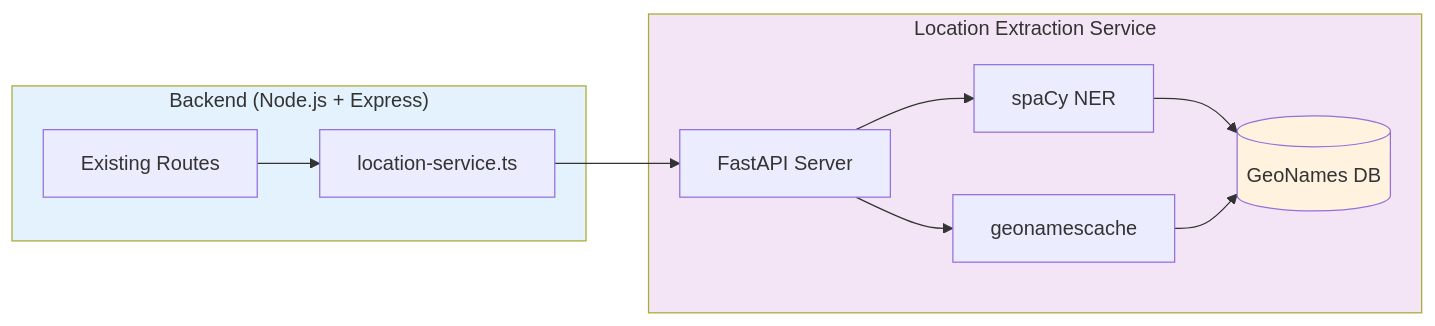
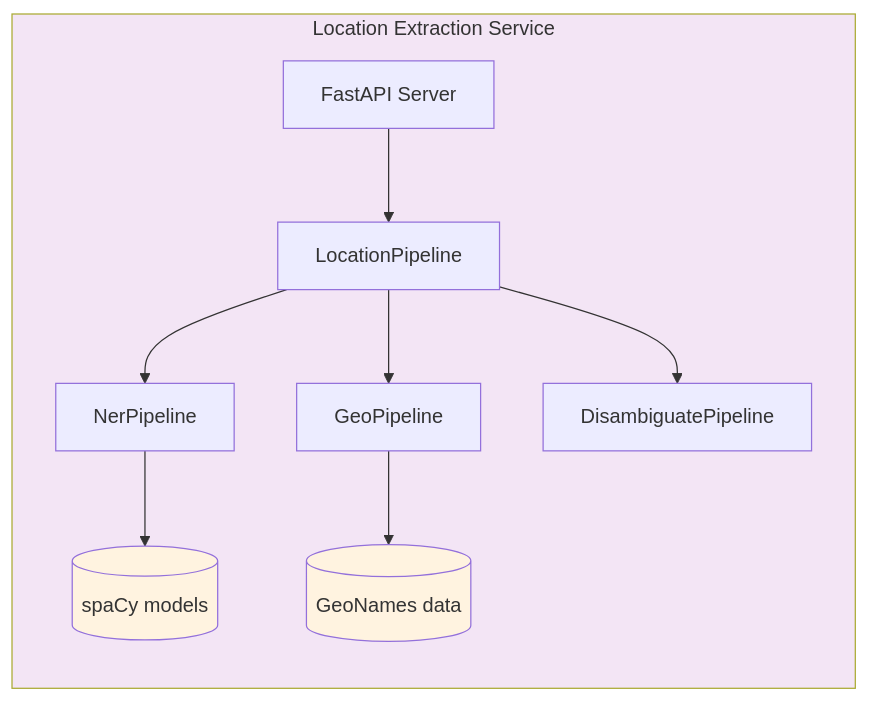
One commit to ConnectedWanderer/living-map changed the second of 2 diagrams in docs/architecture/location-extraction.md. Above: the diagram before and after it, drawn with Mermaid. The commit also changed other lines of this file and 8 other files, not shown here.

First line of the commit message:
fix: resolve doc-implementation inconsistencies in location-extraction-service

````diff
--- a/docs/architecture/location-extraction.md
+++ b/docs/architecture/location-extraction.md
@@ -291,18 +354,15 @@
 ```mermaid
 flowchart LR
-    subgraph Backend["Backend (Node.js + Express)"]
-        A[Existing Routes] --> B[location-service.ts]
+    subgraph LocationService["Location Extraction Service"]
+        A[FastAPI Server] --> B[LocationPipeline]
+        B --> C[NerPipeline]
+        B --> D[GeoPipeline]
+        B --> E[DisambiguatePipeline]
+        C --> F[(spaCy models)]
+        D --> G[(GeoNames data)]
     end
 
-    subgraph LocationService["Location Extraction Service"]
-        B --> C[FastAPI Server]
-        C --> D[spaCy NER]
-        C --> E[geonamescache]
-        D --> F[(GeoNames DB)]
-        E --> F
-    end
-
-    style Backend fill:#e3f2fd
     style LocationService fill:#f3e5f5
     style F fill:#fff3e0
+    style G fill:#fff3e0
 ```
````
